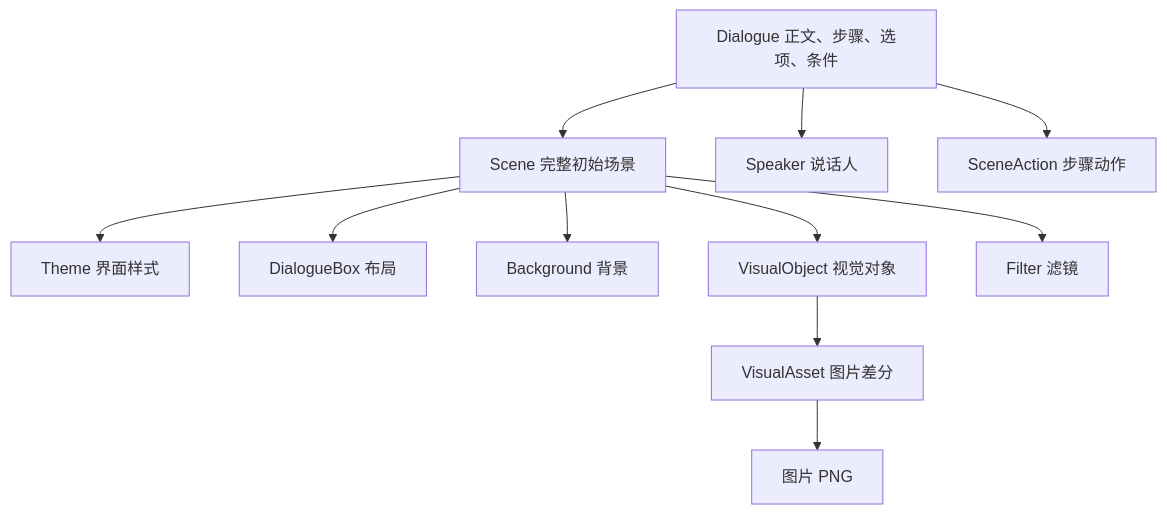
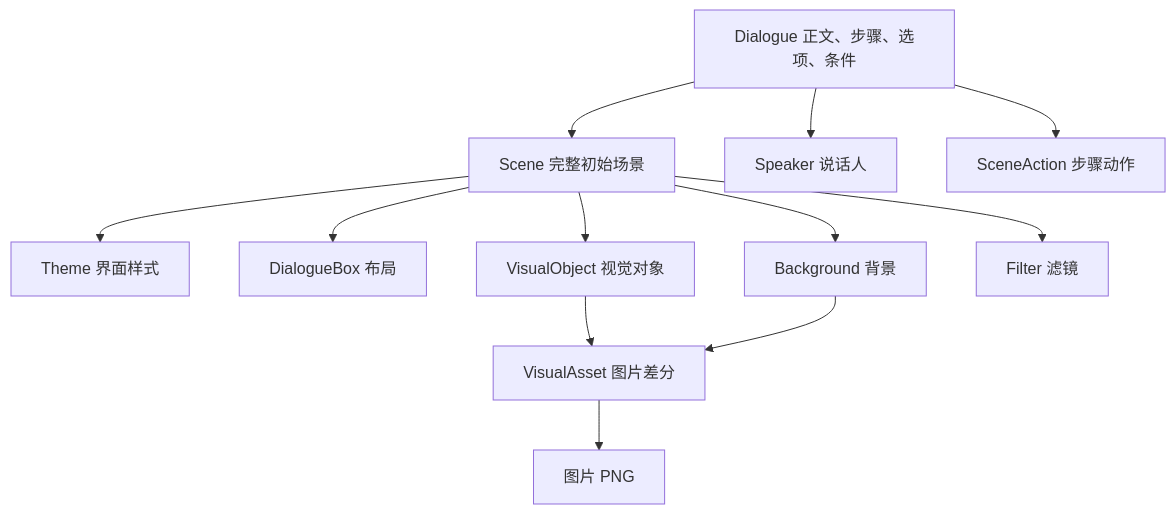
The diagram in docs/concepts/overview.md (RookiesTwo/MaiMai-Dialogue), drawn with Mermaid before and after one commit. The commit also changed 38 other files, not shown here.

````diff
--- a/docs/concepts/overview.md
+++ b/docs/concepts/overview.md
@@ -17,13 +17,14 @@
 ```mermaid
 flowchart TD
     D[Dialogue 正文、步骤、选项、条件] --> S[Scene 完整初始场景]
     D --> SP[Speaker 说话人]
     D --> SA[SceneAction 步骤动作]
     S --> T[Theme 界面样式]
     S --> DB[DialogueBox 布局]
     S --> B[Background 背景]
     S --> V[VisualObject 视觉对象]
     S --> F[Filter 滤镜]
     V --> A[VisualAsset 图片差分]
+    B --> A
     A --> I[图片 PNG]
 ```
````
